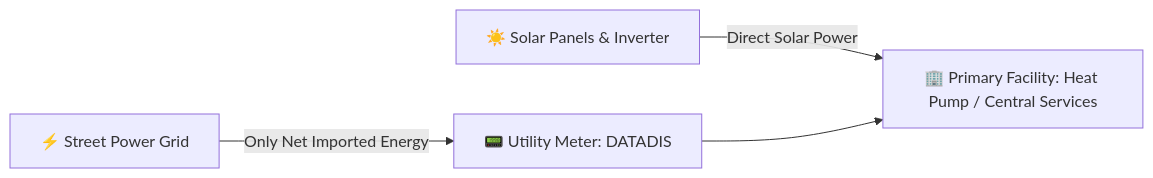
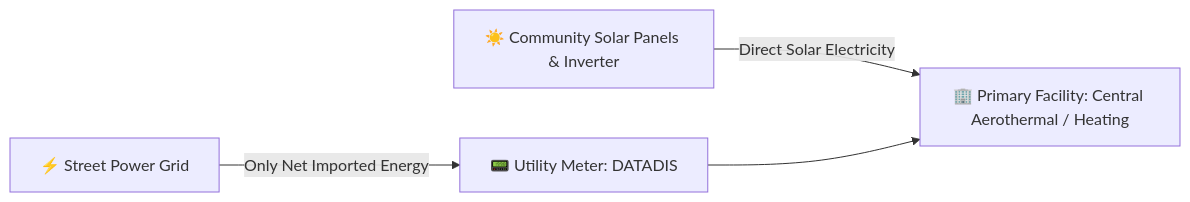
The first of 2 diagrams in docs/GUIDE_EN.md (marcosDLCS/electricity-share-distributor), drawn with Mermaid before and after one commit. The commit also changed other lines of this file and 5 other files, not shown here.

Commit message:
docs: clarify collective self-consumption scope for community shared services

````diff
--- a/docs/GUIDE_EN.md
+++ b/docs/GUIDE_EN.md
@@ -41,6 +57,6 @@
 ```mermaid
 graph LR
-    Solar[☀️ Solar Panels & Inverter] -->|Direct Solar Power| PrimaryLoad[🏢 Primary Facility: Heat Pump / Central Services]
+    Solar[☀️ Community Solar Panels & Inverter] -->|Direct Solar Electricity| PrimaryLoad[🏢 Primary Facility: Central Aerothermal / Heating]
     StreetGrid[⚡ Street Power Grid] -->|Only Net Imported Energy| UtilityMeter[📟 Utility Meter: DATADIS]
     UtilityMeter --> PrimaryLoad
 ```
````
